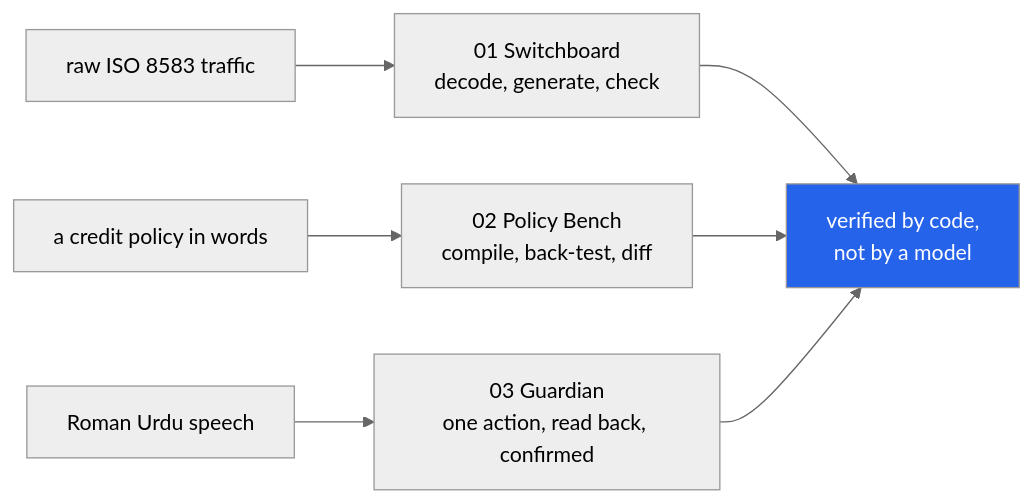
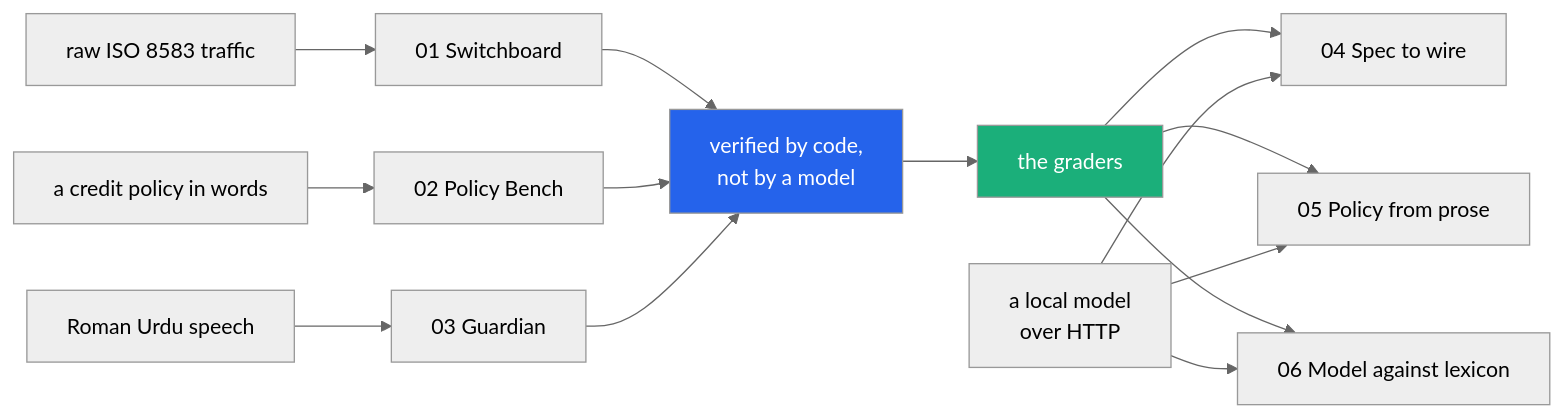
The diagram in README.md (hammasbuilds/fintech-lab), drawn with Mermaid (neutral theme) before and after one commit. The commit also changed other lines of this file and 83 other files, not shown here.

````diff
--- a/README.md
+++ b/README.md
@@ -31,11 +33,19 @@
 ```mermaid
 flowchart LR
-    S["raw ISO 8583 traffic"] --> P1["01 Switchboard<br/>decode, generate, check"]
-    T["a credit policy in words"] --> P2["02 Policy Bench<br/>compile, back-test, diff"]
-    U["Roman Urdu speech"] --> P3["03 Guardian<br/>one action, read back, confirmed"]
+    S["raw ISO 8583 traffic"] --> P1["01 Switchboard"]
+    T["a credit policy in words"] --> P2["02 Policy Bench"]
+    U["Roman Urdu speech"] --> P3["03 Guardian"]
     P1 --> V["verified by code,<br/>not by a model"]
     P2 --> V
     P3 --> V
+    V --> G["the graders"]
+    G --> P4["04 Spec to wire"]
+    G --> P5["05 Policy from prose"]
+    G --> P6["06 Model against lexicon"]
+    M["a local model<br/>over HTTP"] --> P4
+    M --> P5
+    M --> P6
 
     style V fill:#2563eb,color:#fff
+    style G fill:#1baf7a,color:#fff
 ```
````
